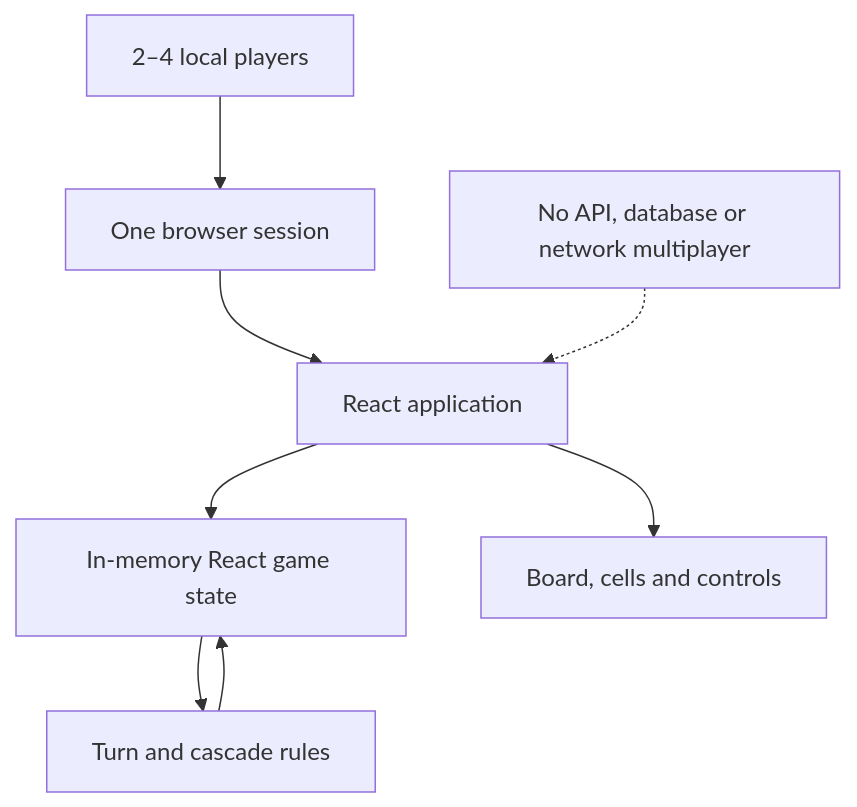
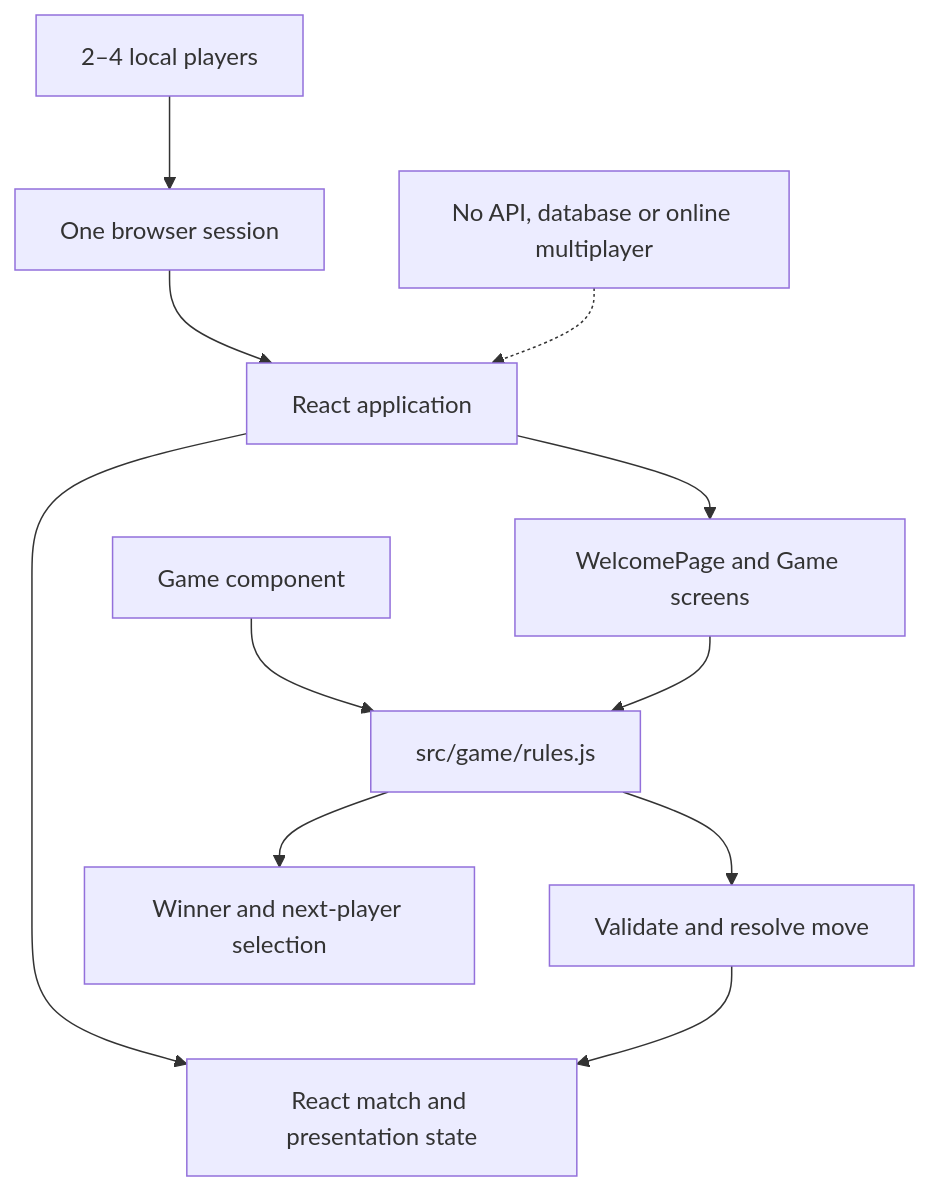
Before and after one commit to Brajesh31/Chain-Reaction-Game: the diagram in docs/architecture/system-context.mmd, drawn with Mermaid. The commit also changed 14 other files, not shown here.

Commit message:
feat: make the game board keyboard accessible

```diff
--- a/docs/architecture/system-context.mmd
+++ b/docs/architecture/system-context.mmd
@@ -1,8 +1,11 @@
 flowchart TB
   P[2–4 local players] --> B[One browser session]
-  B --> R[React application]
-  R --> S[In-memory React game state]
-  R --> UI[Board, cells and controls]
-  S --> E[Turn and cascade rules]
-  E --> S
-  N[No API, database or network multiplayer] -.-> R
+  B --> UI[React application]
+  UI --> S[React match and presentation state]
+  UI --> V[WelcomePage and Game screens]
+  G[Game component] --> R[src/game/rules.js]
+  R --> M[Validate and resolve move]
+  R --> W[Winner and next-player selection]
+  M --> S
+  V --> R
+  N[No API, database or online multiplayer] -.-> UI
```
